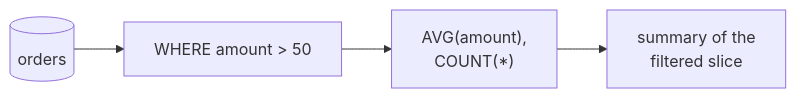
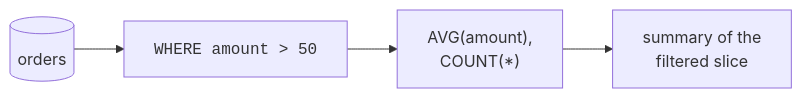
The second of 2 diagrams in content/learn/sql-analytics-duckdb/aggregate-functions.mdx (dataslope/dataslope), drawn with Mermaid before and after one commit. The commit also changed 56 other files, not shown here.

````diff
--- a/content/learn/sql-analytics-duckdb/aggregate-functions.mdx
+++ b/content/learn/sql-analytics-duckdb/aggregate-functions.mdx
@@ -172,6 +172,6 @@
 ```mermaid
 flowchart LR
-    T[("orders")] --> W["WHERE amount > 50"]
+    T[("orders")] --> W["<code>WHERE amount &gt; 50</code>"]
     W --> A["AVG(amount),<br/>COUNT(*)"]
     A --> R["summary of the<br/>filtered slice"]
 ```
````
